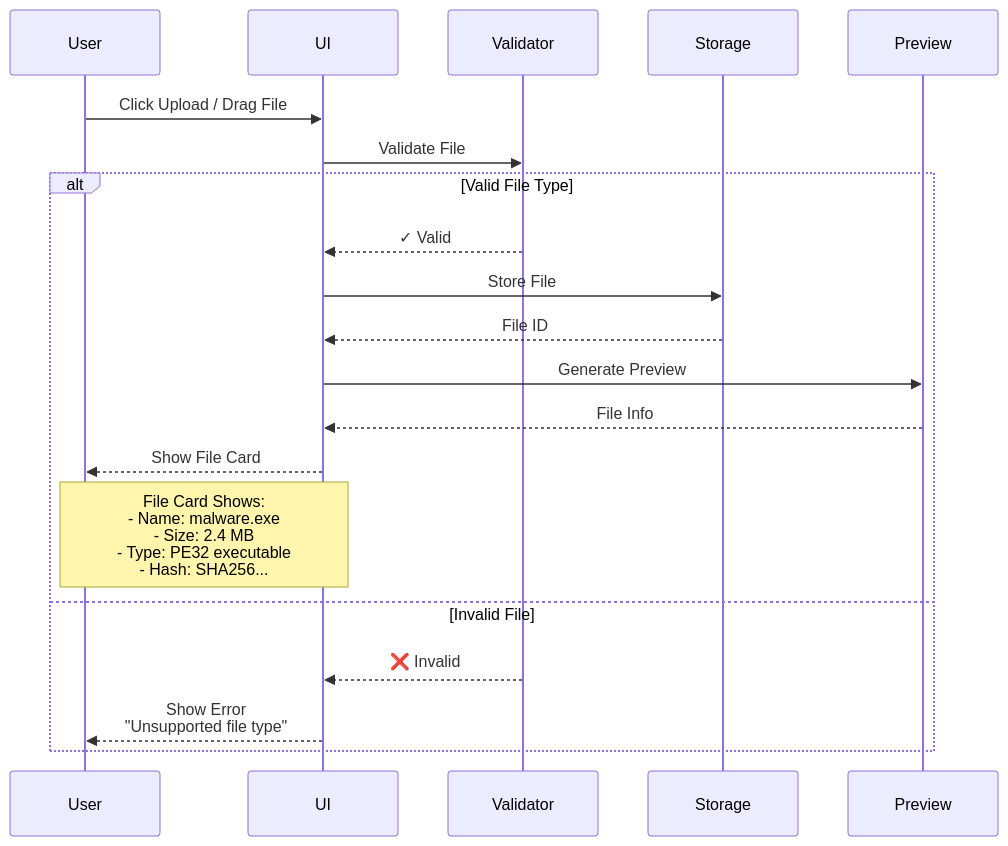
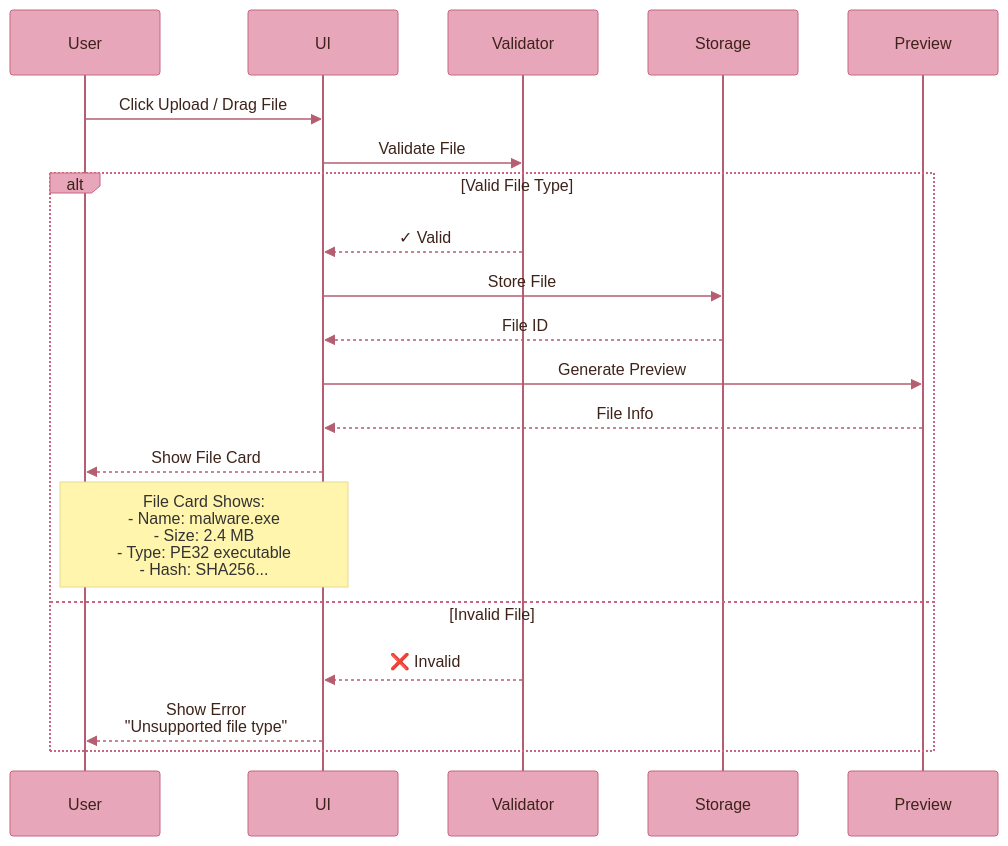
Before and after one commit to radicalkjax/Athena: the fourth of 16 diagrams in docs/USER_GUIDE.md, drawn with Mermaid. The commit also changed other lines of this file and 5 other files, not shown here.

````diff
--- a/docs/USER_GUIDE.md
+++ b/docs/USER_GUIDE.md
@@ -340,25 +391,49 @@
 ```mermaid
+%%{init: {
+  'theme': 'base',
+  'themeVariables': {
+    'primaryColor': '#E8A6BA',
+    'primaryTextColor': '#3E231A',
+    'primaryBorderColor': '#C86681',
+    'lineColor': '#B65E71',
+    'secondaryColor': '#F6BD6B',
+    'tertiaryColor': '#D58C61',
+    'background': '#FFFFFF',
+    'mainBkg': '#E8A6BA',
+    'secondBkg': '#F6BD6B',
+    'tertiaryBkg': '#D58C61',
+    'textColor': '#3E231A',
+    'fontFamily': 'Arial, sans-serif',
+    'sequenceNumberColor': '#3E231A',
+    'actorTextColor': '#3E231A',
+    'actorLineColor': '#B65E71',
+    'signalColor': '#B65E71',
+    'signalTextColor': '#3E231A',
+    'activationBkgColor': '#F6BD6B',
+    'activationBorderColor': '#C86681'
+  }
+}}%%
 sequenceDiagram
     participant User
     participant UI
     participant Validator
     participant Storage
     participant Preview
     
     User->>UI: Click Upload / Drag File
     UI->>Validator: Validate File
     
     alt Valid File Type
         Validator-->>UI: ✓ Valid
         UI->>Storage: Store File
         Storage-->>UI: File ID
         UI->>Preview: Generate Preview
         Preview-->>UI: File Info
         UI-->>User: Show File Card
         
         Note over User,UI: File Card Shows:<br/>- Name: malware.exe<br/>- Size: 2.4 MB<br/>- Type: PE32 executable<br/>- Hash: SHA256...
     else Invalid File
         Validator-->>UI: ❌ Invalid
         UI-->>User: Show Error<br/>"Unsupported file type"
     end
 ```
````
